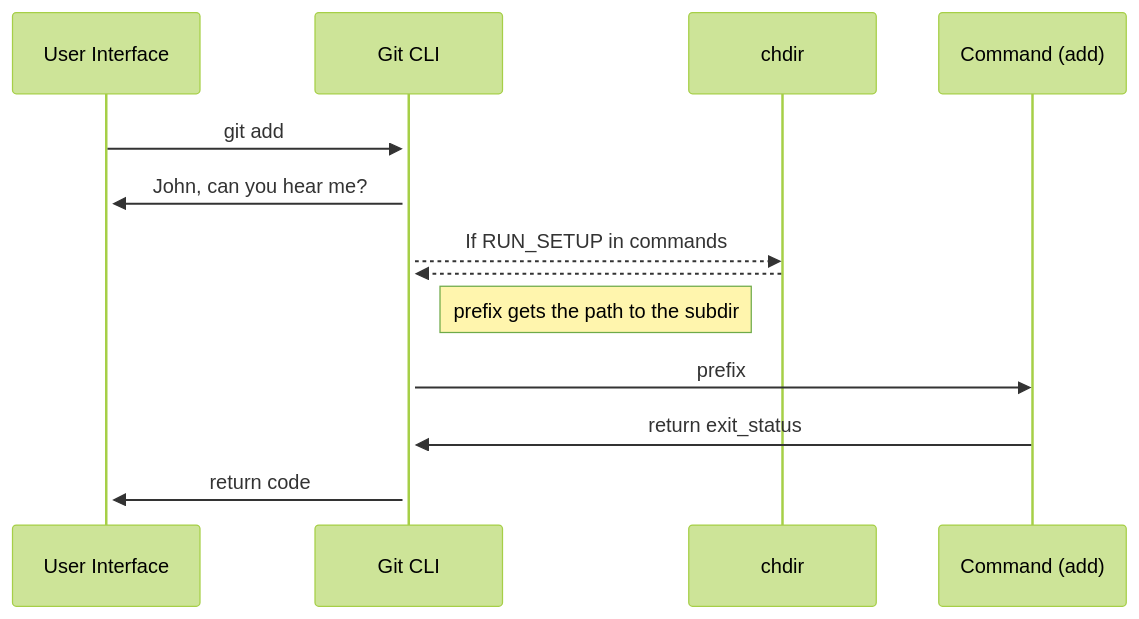
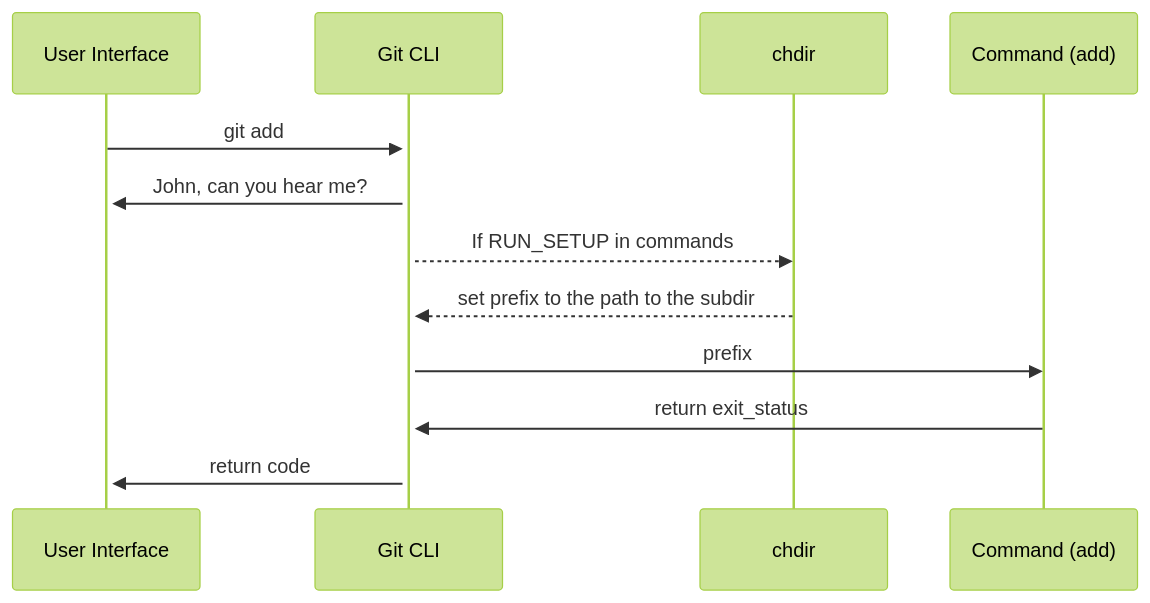
One commit to swimmio/git-src-playground changed the diagram in .swm/adding-a-command.JLzge.sw.md. Above: the diagram before and after it, drawn with Mermaid (forest theme). The commit also changed other lines of this file, not shown here.

Commit message:
docs(swimm): update swimms: "Adding a command"

````diff
--- a/.swm/adding-a-command.JLzge.sw.md
+++ b/.swm/adding-a-command.JLzge.sw.md
@@ -141,11 +137,10 @@
 ```mermaid
 sequenceDiagram
-    User Interface->>+Git CLI: git add
-    Git CLI->>+User Interface: John, can you hear me?
-    Git CLI-->>chdir: If RUN_SETUP in commands
-    chdir-->>Git CLI: 
-    Note right of Git CLI: prefix gets the path to the subdir
-    Git CLI->>Command (add): prefix 
-    Command (add)->>Git CLI: return exit_status
-    Git CLI->>+User Interface: return code
+User Interface->>+Git CLI: git add
+Git CLI->>+User Interface: John, can you hear me?
+Git CLI-->>chdir: If RUN_SETUP in commands
+chdir-->>Git CLI: set prefix to the path to the subdir
+Git CLI->>Command (add): prefix
+Command (add)->>Git CLI: return exit_status
+Git CLI->>+User Interface: return code
 ```
````
